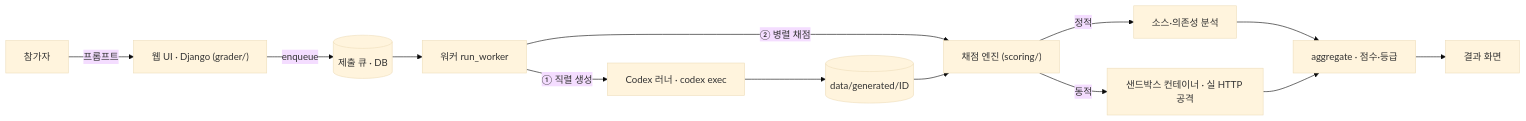
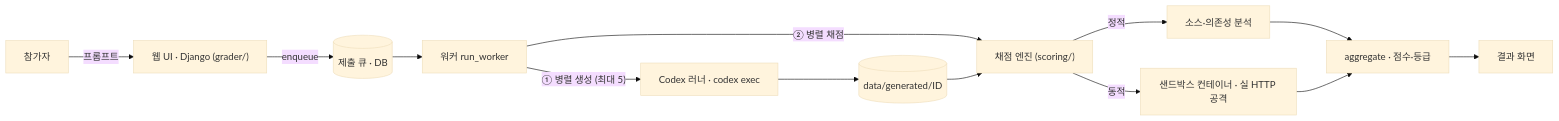
Before and after one commit to Nekonic/vibe-security-score: the first of 3 diagrams in docs/ARCHITECTURE.md, drawn with Mermaid (base theme). The commit also changed other lines of this file and 40 other files, not shown here.

````diff
--- a/docs/ARCHITECTURE.md
+++ b/docs/ARCHITECTURE.md
@@ -6,15 +6,15 @@
 ```mermaid
 flowchart LR
     P[참가자] -->|프롬프트| UI["웹 UI · Django (grader/)"]
     UI -->|enqueue| Q[("제출 큐 · DB")]
     Q --> W[워커 run_worker]
-    W -->|"① 직렬 생성"| CX["Codex 러너 · codex exec"]
+    W -->|"① 병렬 생성 (최대 5)"| CX["Codex 러너 · codex exec"]
     CX --> GEN[("data/generated/ID")]
     W -->|"② 병렬 채점"| SC["채점 엔진 (scoring/)"]
     GEN --> SC
     SC -->|정적| ST[소스·의존성 분석]
     SC -->|동적| DY["샌드박스 컨테이너 · 실 HTTP 공격"]
     ST --> AG["aggregate · 점수·등급"]
     DY --> AG
     AG --> R[결과 화면]
 ```
````
